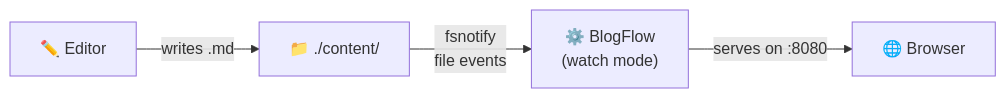
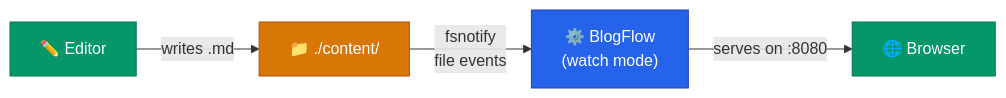
One commit to khaines/blogflow changed the second of 8 diagrams in docs/deployment-guide.md. Above: the diagram before and after it, drawn with Mermaid. The commit also changed other lines of this file and 1 other file, not shown here.

Commit message:
docs: apply consistent Mermaid theme to user-facing diagrams

````diff
--- a/docs/deployment-guide.md
+++ b/docs/deployment-guide.md
@@ -54,6 +58,10 @@
 ```mermaid
 graph LR
-    Editor["✏️ Editor"] -->|"writes .md"| Content["📁 ./content/"]
-    Content -->|"fsnotify\nfile events"| BF["⚙️ BlogFlow\n(watch mode)"]
-    BF -->|"serves on :8080"| Browser["🌐 Browser"]
+    classDef primary fill:#2563eb,stroke:#1e40af,color:#fff
+    classDef external fill:#059669,stroke:#047857,color:#fff
+    classDef storage fill:#d97706,stroke:#b45309,color:#fff
+
+    Editor["✏️ Editor"]:::external -->|"writes .md"| Content["📁 ./content/"]:::storage
+    Content -->|"fsnotify<br/>file events"| BF["⚙️ BlogFlow<br/>(watch mode)"]:::primary
+    BF -->|"serves on :8080"| Browser["🌐 Browser"]:::external
 ```
````
